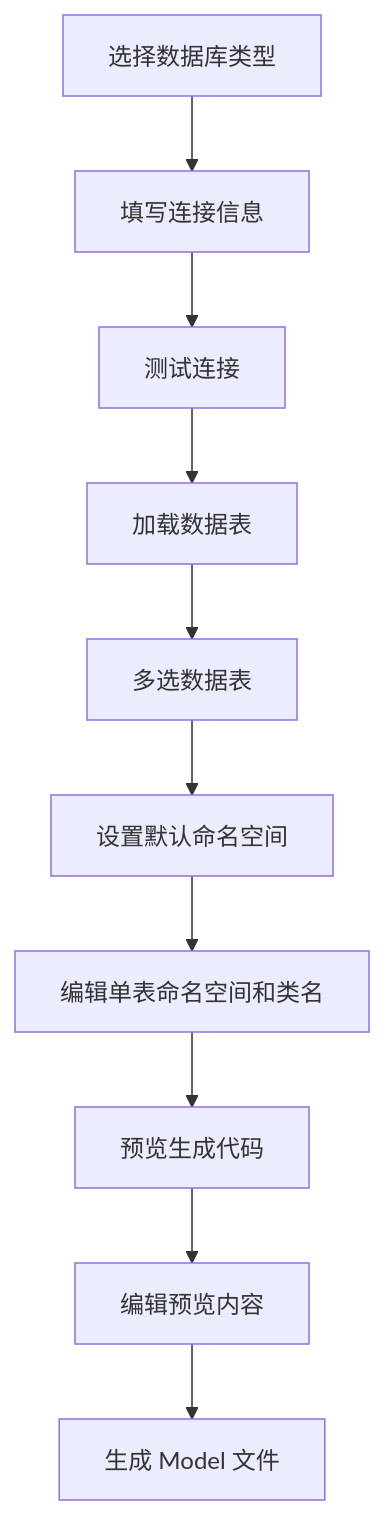
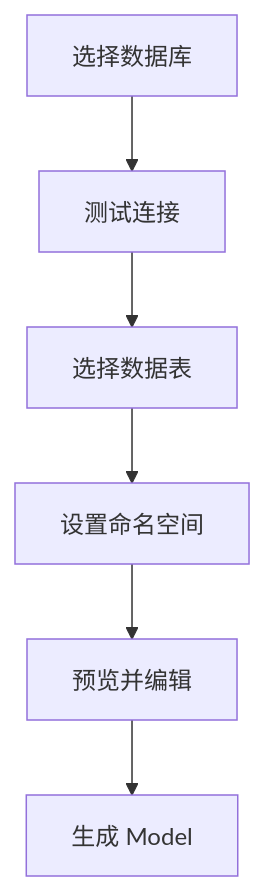
One commit to SamHub1991/FastData changed the second of 3 diagrams in .monkeycode/specs/项目需求2026年5月/design.md. Above: the diagram before and after it, drawn with Mermaid. The commit also changed other lines of this file and 2 other files, not shown here.

````diff
--- a/.monkeycode/specs/项目需求2026年5月/design.md
+++ b/.monkeycode/specs/项目需求2026年5月/design.md
@@ -84,12 +142,8 @@
 ```mermaid
 graph TD
-    A["选择数据库类型"] --> B["填写连接信息"]
-    B --> C["测试连接"]
-    C --> D["加载数据表"]
-    D --> E["多选数据表"]
-    E --> F["设置默认命名空间"]
-    F --> G["编辑单表命名空间和类名"]
-    G --> H["预览生成代码"]
-    H --> I["编辑预览内容"]
-    I --> J["生成 Model 文件"]
+    A["选择数据库"] --> B["测试连接"]
+    B --> C["选择数据表"]
+    C --> D["设置命名空间"]
+    D --> E["预览并编辑"]
+    E --> F["生成 Model"]
 ```
````
